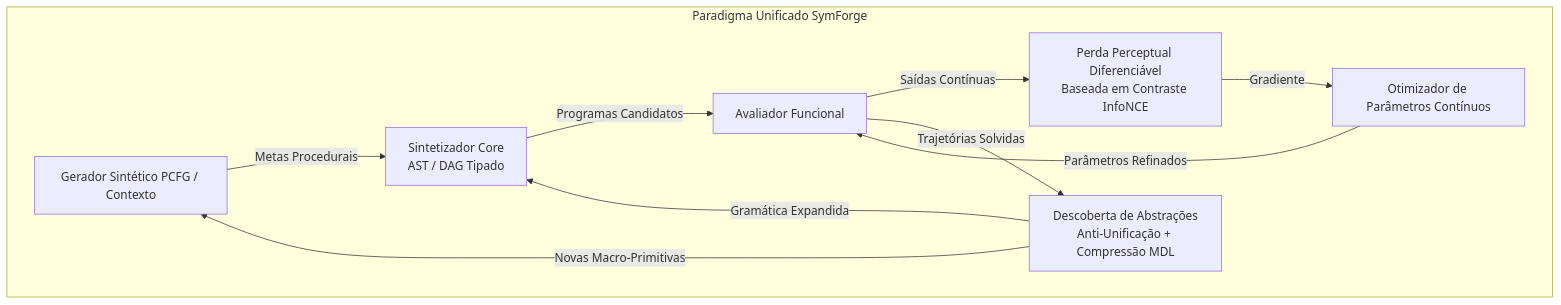
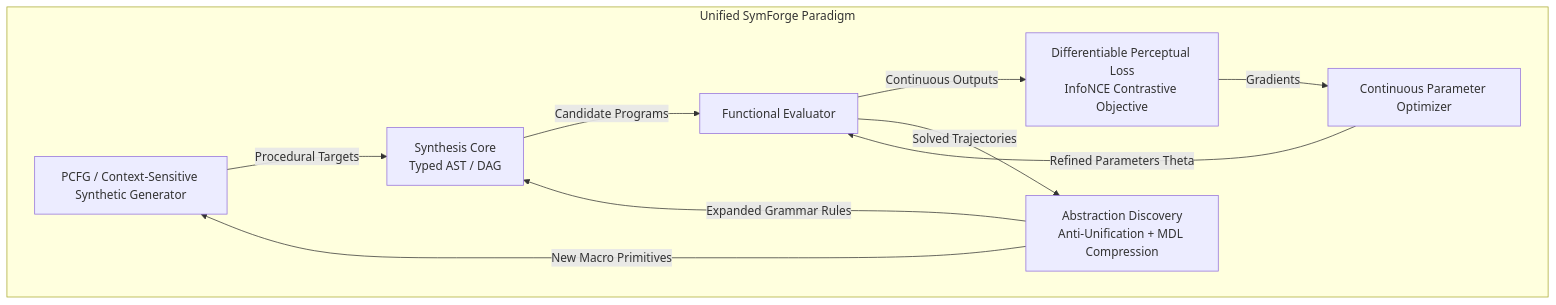
Before and after one commit to racoci/symforge: the first of 3 diagrams in docs/architecture/unified_synthesis_architecture.md, drawn with Mermaid. The commit also changed other lines of this file and 12 other files, not shown here.

Commit message:
docs: translate README and complete architecture documentation to English

````diff
--- a/docs/architecture/unified_synthesis_architecture.md
+++ b/docs/architecture/unified_synthesis_architecture.md
@@ -26,13 +26,13 @@
 ```mermaid
 graph TD
-    subgraph CoreParadigm [Paradigma Unificado SymForge]
-        PCFG[Gerador Sintético PCFG / Contexto] -->|Metas Procedurais| SYN[Sintetizador Core<br/>AST / DAG Tipado]
-        SYN -->|Programas Candidatos| EVAL[Avaliador Funcional]
-        EVAL -->|Saídas Contínuas| LOSS[Perda Perceptual Diferenciável<br/>Baseada em Contraste InfoNCE]
-        LOSS -->|Gradiente| OPT[Otimizador de Parâmetros Contínuos]
-        OPT -->|Parâmetros Refinados| EVAL
-        EVAL -->|Trajetórias Solvidas| ABD[Descoberta de Abstrações<br/>Anti-Unificação + Compressão MDL]
-        ABD -->|Novas Macro-Primitivas| PCFG
-        ABD -->|Gramática Expandida| SYN
+    subgraph CoreParadigm [Unified SymForge Paradigm]
+        PCFG[PCFG / Context-Sensitive Synthetic Generator] -->|Procedural Targets| SYN[Synthesis Core<br/>Typed AST / DAG]
+        SYN -->|Candidate Programs| EVAL[Functional Evaluator]
+        EVAL -->|Continuous Outputs| LOSS[Differentiable Perceptual Loss<br/>InfoNCE Contrastive Objective]
+        LOSS -->|Gradients| OPT[Continuous Parameter Optimizer]
+        OPT -->|Refined Parameters Theta| EVAL
+        EVAL -->|Solved Trajectories| ABD[Abstraction Discovery<br/>Anti-Unification + MDL Compression]
+        ABD -->|New Macro Primitives| PCFG
+        ABD -->|Expanded Grammar Rules| SYN
     end
 ```
````
